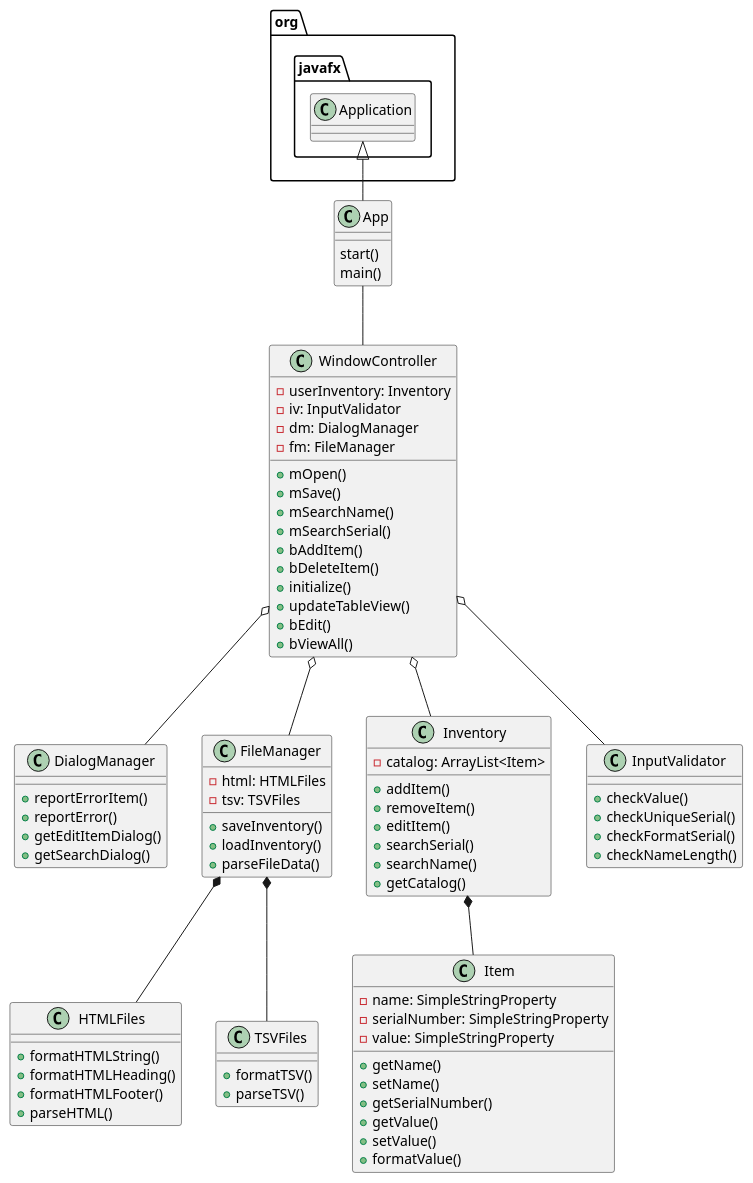
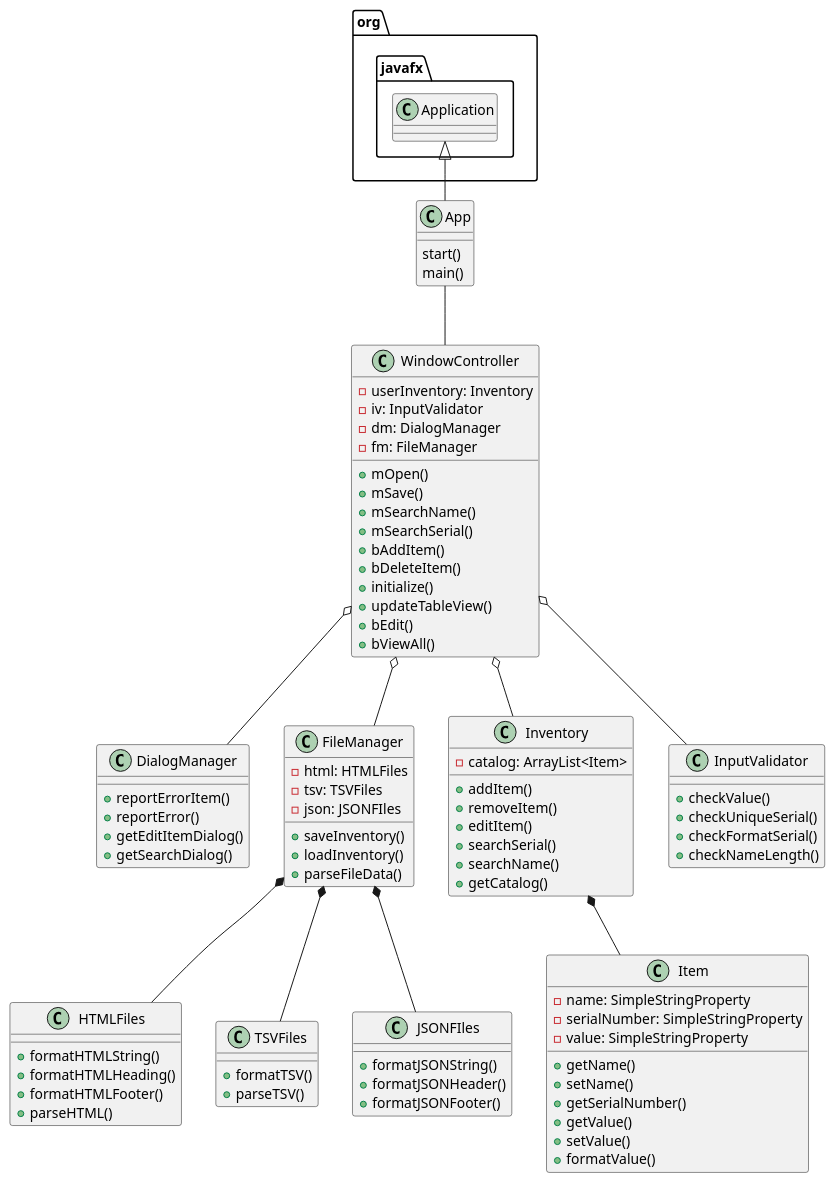
Before and after one commit to kingraham228/Ingraham-7945-a5: the diagram in uml/Inventory.puml, drawn with PlantUML. The commit also changed 3 other files, not shown here.

Commit message:
JSON Saving implemented. uml update.

```diff
--- a/uml/Inventory.puml
+++ b/uml/Inventory.puml
@@ -1,94 +1,102 @@
 @startuml
 class App{
 start()
 main()
 }
 
 class WindowController{
 - userInventory: Inventory
 - iv: InputValidator
 - dm: DialogManager
 - fm: FileManager
 
 +mOpen()
 +mSave()
 +mSearchName()
 +mSearchSerial()
 +bAddItem()
 +bDeleteItem()
 +initialize()
 +updateTableView()
 +bEdit()
 +bViewAll()
 
 }
 
 class DialogManager{
 +reportErrorItem()
 +reportError()
 +getEditItemDialog()
 +getSearchDialog()
 }
 
 class FileManager{
 -html: HTMLFiles
 -tsv: TSVFiles
+-json: JSONFIles
 +saveInventory()
 +loadInventory()
 +parseFileData()
 }
 
 class Inventory{
 - catalog: ArrayList<Item>
 
 +addItem()
 +removeItem()
 +editItem()
 +searchSerial()
 +searchName()
 +getCatalog()
 }
 
 class Item{
 -name: SimpleStringProperty
 -serialNumber: SimpleStringProperty
 -value: SimpleStringProperty
 
 +getName()
 +setName()
 +getSerialNumber()
 +getValue()
 +setValue()
 +formatValue()
 }
 
 class InputValidator{
 + checkValue()
 + checkUniqueSerial()
 + checkFormatSerial()
 + checkNameLength()
 }
 
 class HTMLFiles{
 +formatHTMLString()
 +formatHTMLHeading()
 +formatHTMLFooter()
 +parseHTML()
 }
 
 class TSVFiles{
 +formatTSV()
 +parseTSV()
 }
 
+class JSONFIles{
++formatJSONString()
++formatJSONHeader()
++formatJSONFooter()
+}
+
 
 org.javafx.Application <|-- App
 App -- WindowController
 WindowController o-- DialogManager
 WindowController o-- FileManager
 WindowController o-- Inventory
 Inventory *-- Item
 WindowController o-- InputValidator
 FileManager *-- HTMLFiles
 FileManager *-- TSVFiles
+FileManager *-- JSONFIles
 @enduml
```
